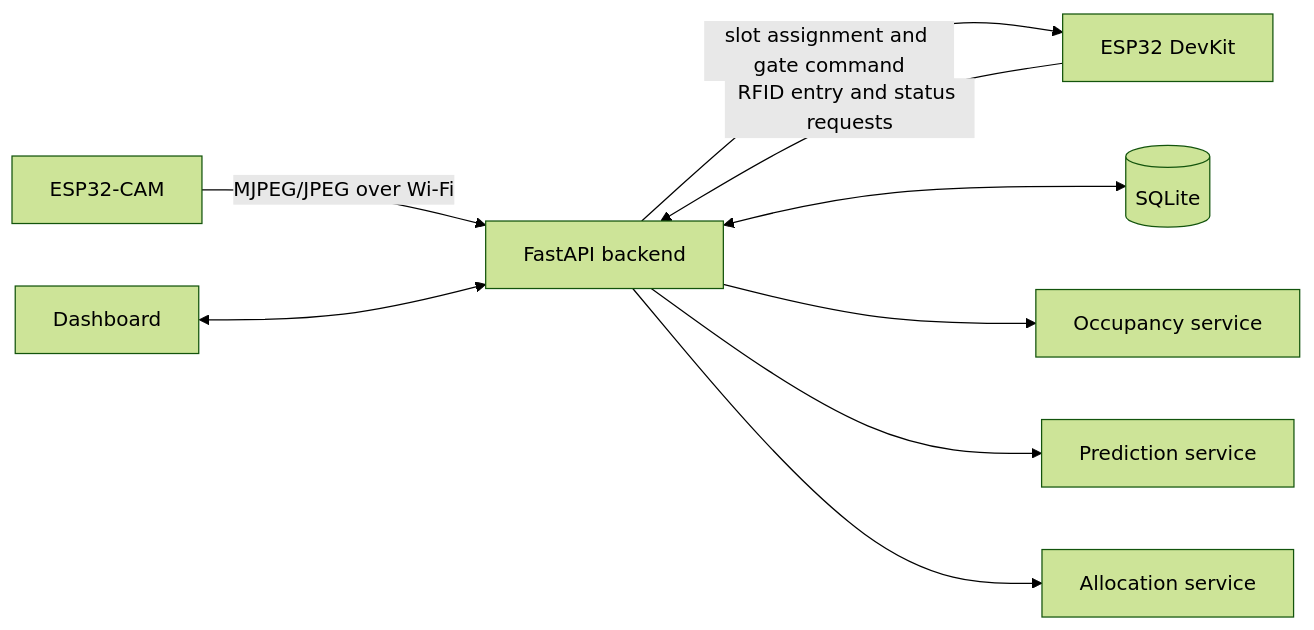
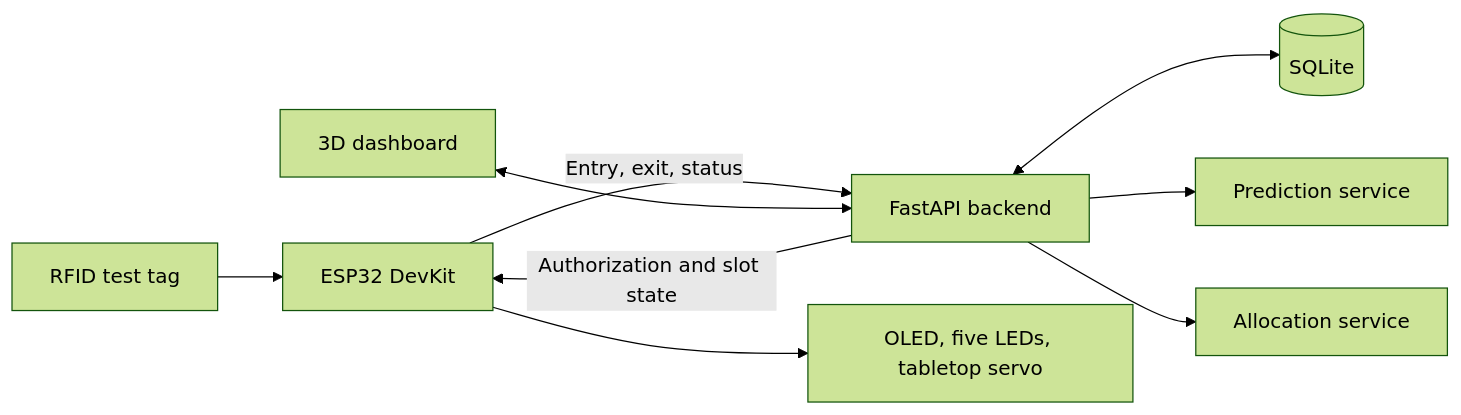
The diagram in architecture.md (dumbly-smart/smart-parking), drawn with Mermaid (forest theme) before and after one commit. The commit also changed other lines of this file and 301 other files, not shown here.

````diff
--- a/architecture.md
+++ b/architecture.md
@@ -16,11 +9,11 @@
 ```mermaid
 flowchart LR
-    Camera[ESP32-CAM] -->|MJPEG/JPEG over Wi-Fi| API[FastAPI backend]
-    Controller[ESP32 DevKit] -->|RFID entry and status requests| API
-    API -->|slot assignment and gate command| Controller
+    Tag[RFID test tag] --> Controller[ESP32 DevKit]
+    Controller -->|Entry, exit, status| API[FastAPI backend]
+    API -->|Authorization and slot state| Controller
     API <--> DB[(SQLite)]
-    API --> Vision[Occupancy service]
     API --> Prediction[Prediction service]
     API --> Allocation[Allocation service]
-    Browser[Dashboard] <--> API
+    Browser[3D dashboard] <--> API
+    Controller --> Outputs[OLED, five LEDs, tabletop servo]
 ```
````
